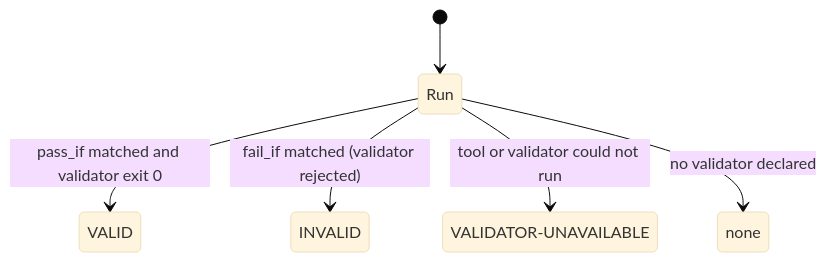
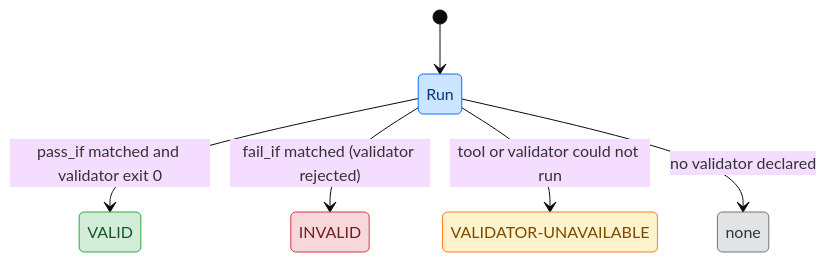
The diagram in docs/reference/badge.md (paul007ex/breachsafe-ux), drawn with Mermaid (base theme) before and after one commit. The commit also changed 10 other files, not shown here.

First line of the commit message:
docs: add semantic colour to the Mermaid diagrams (#156)

````diff
--- a/docs/reference/badge.md
+++ b/docs/reference/badge.md
@@ -23,9 +23,20 @@
 ```mermaid
 stateDiagram-v2
     state "VALIDATOR-UNAVAILABLE" as VU
     [*] --> Run
     Run --> VALID: pass_if matched and validator exit 0
     Run --> INVALID: fail_if matched (validator rejected)
     Run --> VU: tool or validator could not run
     Run --> none: no validator declared
+    classDef valid       fill:#d4edda,stroke:#28a745,color:#155724;
+    classDef invalid     fill:#f8d7da,stroke:#dc3545,color:#721c24;
+    classDef unavailable fill:#fff3cd,stroke:#fd7e14,color:#7a4a00;
+    classDef process     fill:#cce5ff,stroke:#0d6efd,color:#0a3678;
+    classDef artifact    fill:#e2e3e5,stroke:#6c757d,color:#2f3336;
+    classDef external    fill:#e7d6ff,stroke:#6f42c1,color:#3d1a78;
+    class Run process
+    class VALID valid
+    class INVALID invalid
+    class VU unavailable
+    class none artifact
 ```
````
